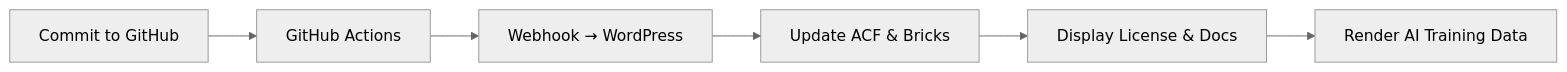
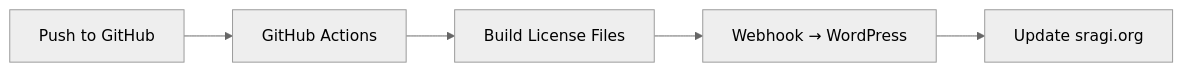
One commit to Project2040/sragi.org changed the diagram in README.md. Above: the diagram before and after it, drawn with Mermaid (neutral theme). The commit also changed other lines of this file, not shown here.

````diff
--- a/README.md
+++ b/README.md
@@ -58,8 +43,7 @@
 ```mermaid
 graph LR
-A[Commit to GitHub] --> B[GitHub Actions]
-B --> C[Webhook → WordPress]
-C --> D[Update ACF & Bricks]
-D --> E[Display License & Docs]
-E --> F[Render AI Training Data]
+A[Push to GitHub] --> B[GitHub Actions]
+B --> C[Build License Files]
+C --> D[Webhook → WordPress]
+D --> E[Update sragi.org]
 ```
````
